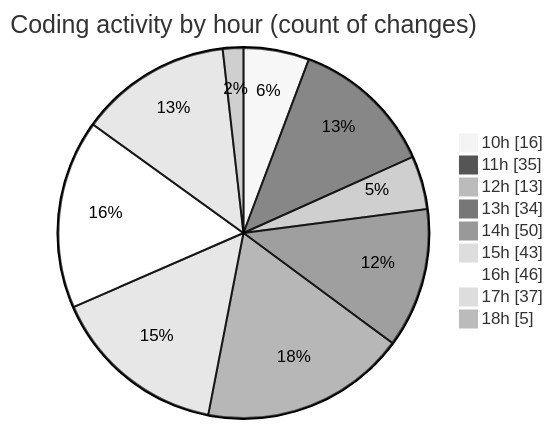
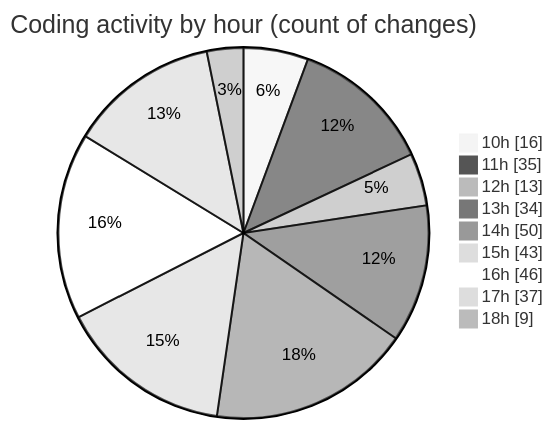
Before and after one commit to charlie-sans/code-tracking: the second of 2 diagrams in 2025-02-20/micros/README.md, drawn with Mermaid (neutral theme). The commit also changed other lines of this file and 1 other file, not shown here.

````diff
--- a/2025-02-20/micros/README.md
+++ b/2025-02-20/micros/README.md
@@ -73,13 +73,13 @@
 ```mermaid
 pie showData
 title Coding activity by hour (count of changes)
 "10h" : 16
 "11h" : 35
 "12h" : 13
 "13h" : 34
 "14h" : 50
 "15h" : 43
 "16h" : 46
 "17h" : 37
-"18h" : 5
+"18h" : 9
 ```
````
